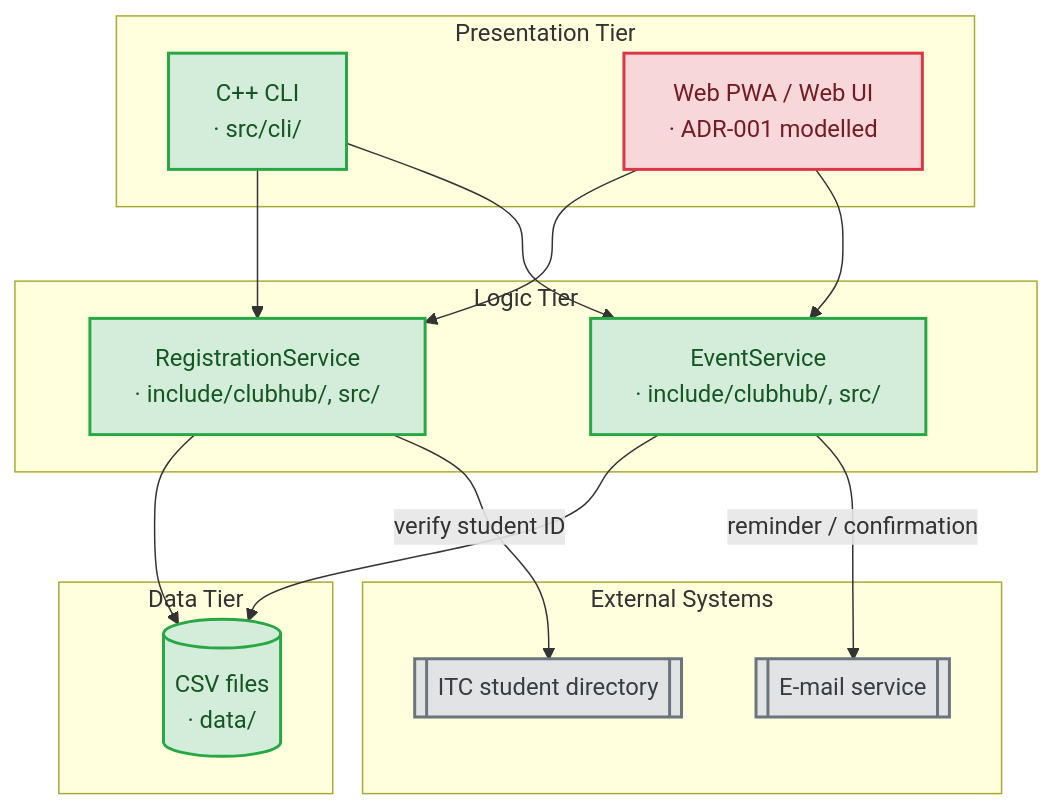
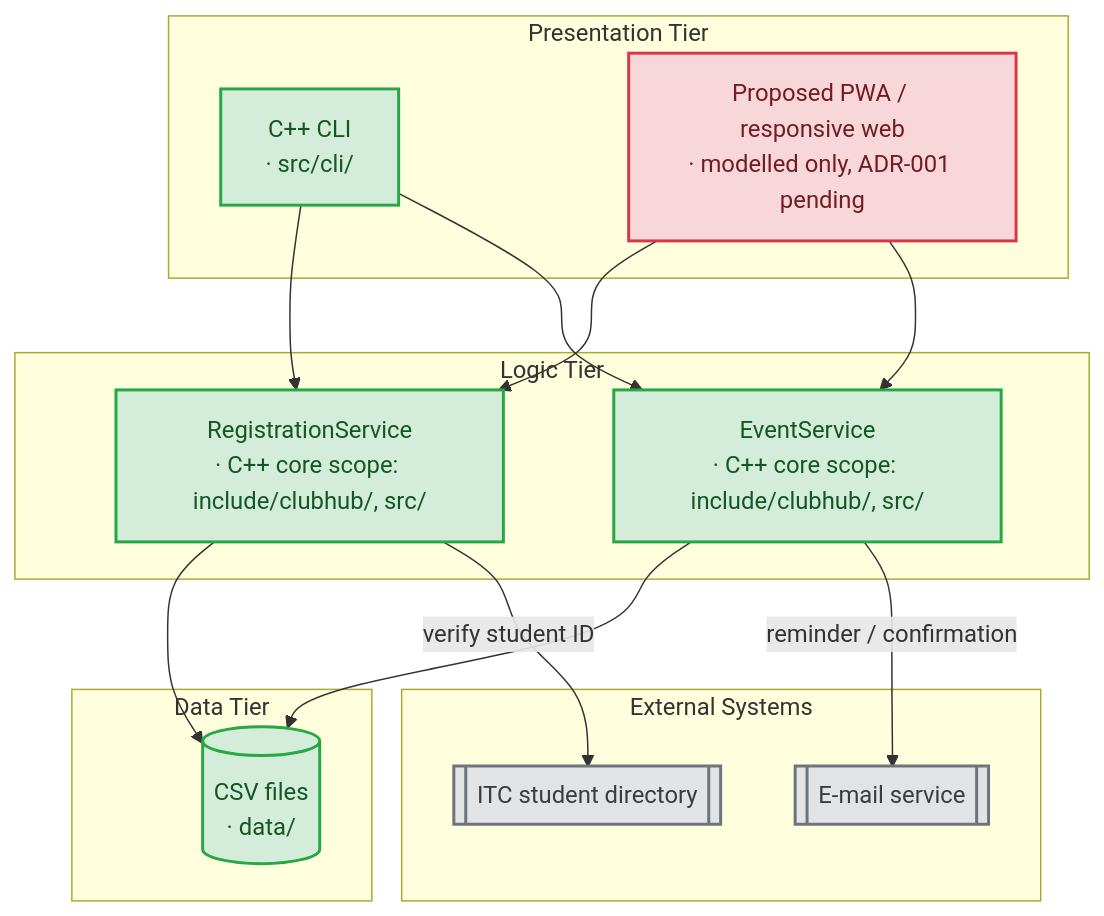
Before and after one commit to KageKishi/clubhub-ISE-4G: the diagram in lab02/architecture.mmd, drawn with Mermaid. The commit also changed 4 other files, not shown here.

```diff
--- a/lab02/architecture.mmd
+++ b/lab02/architecture.mmd
@@ -1,37 +1,37 @@
 flowchart TB
     subgraph P [Presentation Tier]
-        CLI[C++ CLI<br/>· src/cli/]:::implemented
-        PWA[Web PWA / Web UI<br/>· ADR-001 modelled]:::modelled
+        CLI[C++ CLI<br/>· src/cli/]:::cpp
+        PWA[Proposed PWA / responsive web<br/>· modelled only, ADR-001 pending]:::modelled
     end
 
     subgraph L [Logic Tier]
-        RS[RegistrationService<br/>· include/clubhub/, src/]:::implemented
-        ES[EventService<br/>· include/clubhub/, src/]:::implemented
+        RS[RegistrationService<br/>· C++ core scope: include/clubhub/, src/]:::cpp
+        ES[EventService<br/>· C++ core scope: include/clubhub/, src/]:::cpp
     end
 
     subgraph D [Data Tier]
-        CSV[(CSV files<br/>· data/)]:::implemented
+        CSV[(CSV files<br/>· data/)]:::cpp
     end
 
     subgraph External [External Systems]
         Email[[E-mail service]]:::external
         Dir[[ITC student directory]]:::external
     end
 
     %% Tier Interconnections
     CLI --> RS
     PWA --> RS
     CLI --> ES
     PWA --> ES
 
     RS --> CSV
     ES --> CSV
 
     %% Logic calls to external systems
     ES -->|reminder / confirmation| Email
     RS -->|verify student ID| Dir
 
     %% Styling classes
-    classDef implemented fill:#d4edda,stroke:#28a745,stroke-width:2px,color:#155724;
+    classDef cpp fill:#d4edda,stroke:#28a745,stroke-width:2px,color:#155724;
     classDef modelled fill:#f8d7da,stroke:#dc3545,stroke-width:2px,color:#721c24;
     classDef external fill:#e2e3e5,stroke:#6c757d,stroke-width:2px,color:#383d41;
```
